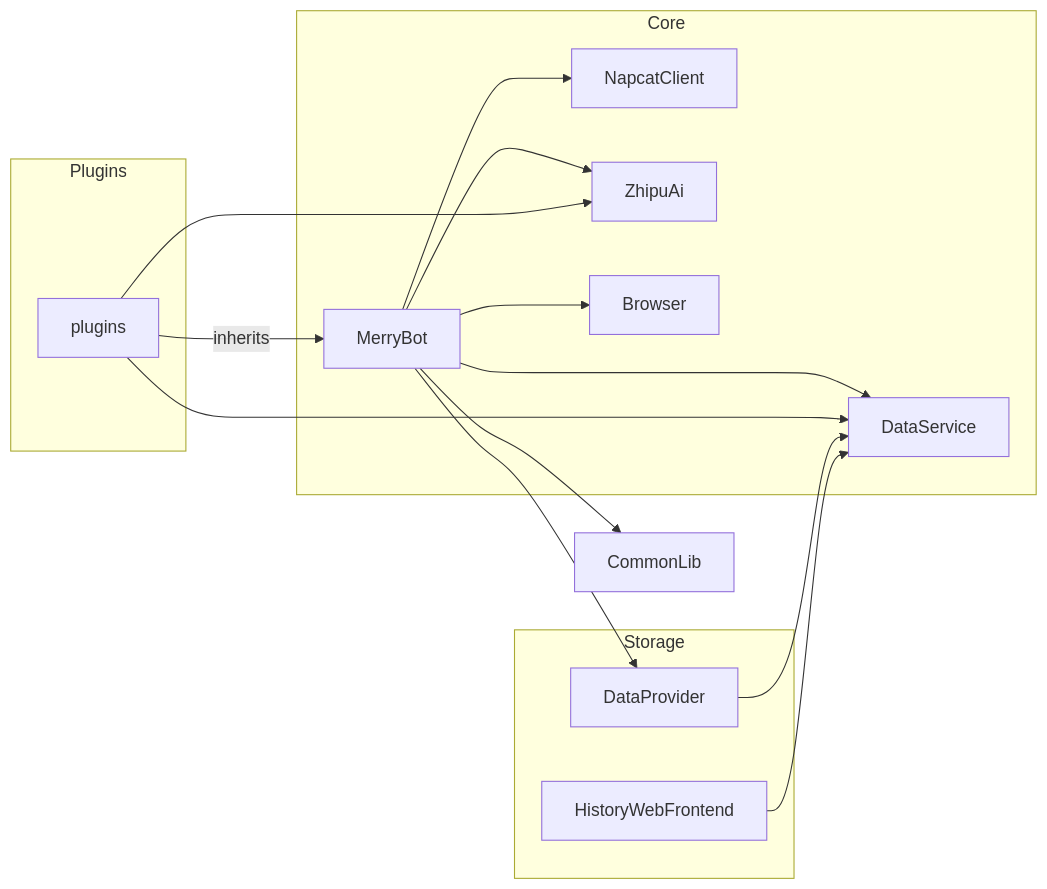
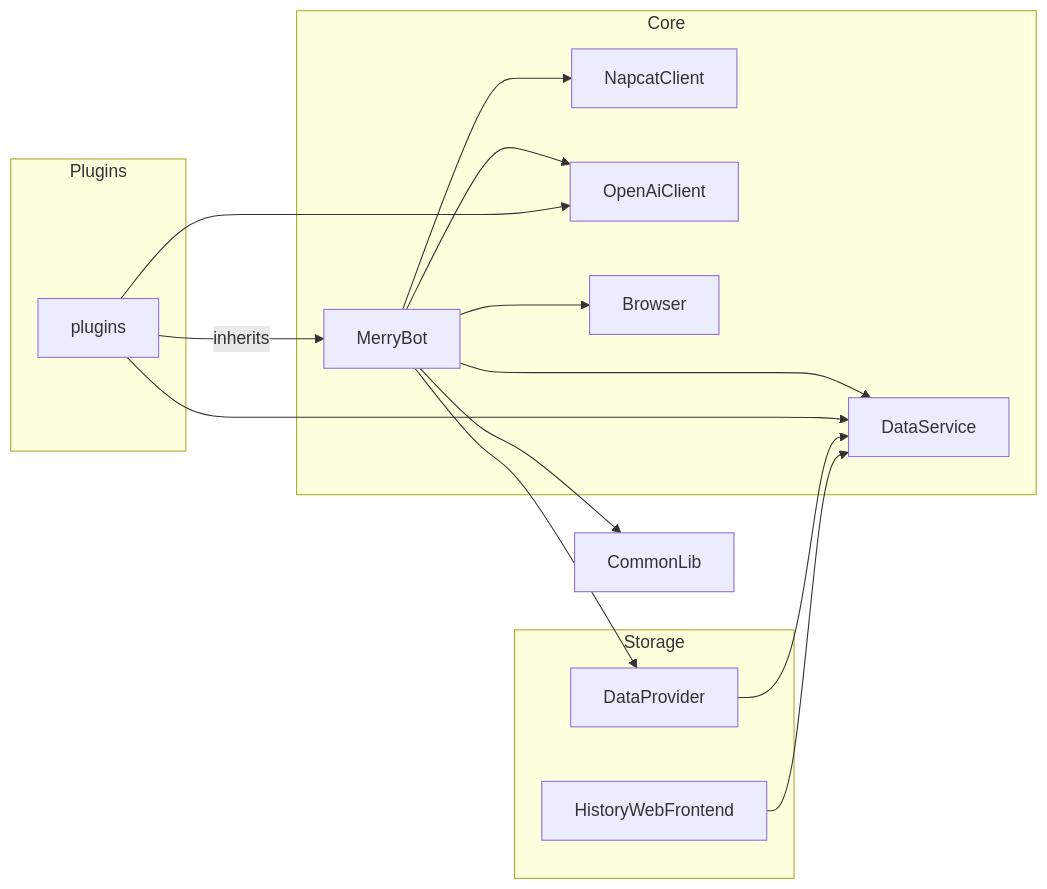
Before and after one commit to 57UU/MerryBot: the second of 3 diagrams in CLAUDE.md, drawn with Mermaid. The commit also changed other lines of this file and 22 other files, not shown here.

First line of the commit message:
refactor: rename ZhipuAi project to OpenAiClient

````diff
--- a/CLAUDE.md
+++ b/CLAUDE.md
@@ -66,23 +66,23 @@
 ```mermaid
 graph LR
     subgraph Core
         MB["MerryBot"] --> NC["NapcatClient"]
-        MB --> ZA["ZhipuAi"]
+        MB --> ZA["OpenAiClient"]
         MB --> BR["Browser"]
         MB --> DS["DataService"]
     end
 
     subgraph Plugins
         PL["plugins"] --> |inherits| MB
         PL --> ZA
         PL --> DS
     end
 
     subgraph Storage
         DP["DataProvider"] --> DS
         HWF["HistoryWebFrontend"] --> DS
     end
 
     MB --> CL["CommonLib"]
     MB --> DP
 ```
````
